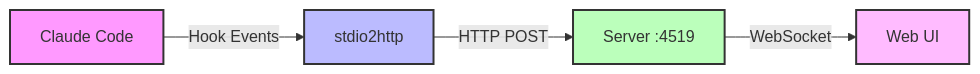
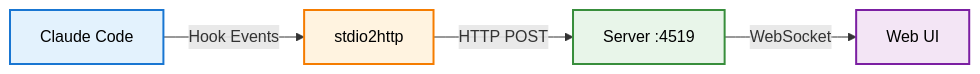
Before and after one commit to williamkapke/MadameClaude: the first of 2 diagrams in README.md, drawn with Mermaid.

Commit message:
Improve Mermaid diagram colors for better readability

````diff
--- a/README.md
+++ b/README.md
@@ -16,11 +16,11 @@
 ```mermaid
 graph LR
     A[Claude Code] -->|Hook Events| B[stdio2http]
     B -->|HTTP POST| C[Server :4519]
     C -->|WebSocket| D[Web UI]
     
-    style A fill:#f9f,stroke:#333,stroke-width:2px
-    style B fill:#bbf,stroke:#333,stroke-width:2px
-    style C fill:#bfb,stroke:#333,stroke-width:2px
-    style D fill:#fbf,stroke:#333,stroke-width:2px
+    style A fill:#e3f2fd,stroke:#1976d2,stroke-width:2px,color:#000
+    style B fill:#fff3e0,stroke:#f57c00,stroke-width:2px,color:#000
+    style C fill:#e8f5e9,stroke:#388e3c,stroke-width:2px,color:#000
+    style D fill:#f3e5f5,stroke:#7b1fa2,stroke-width:2px,color:#000
 ```
````
